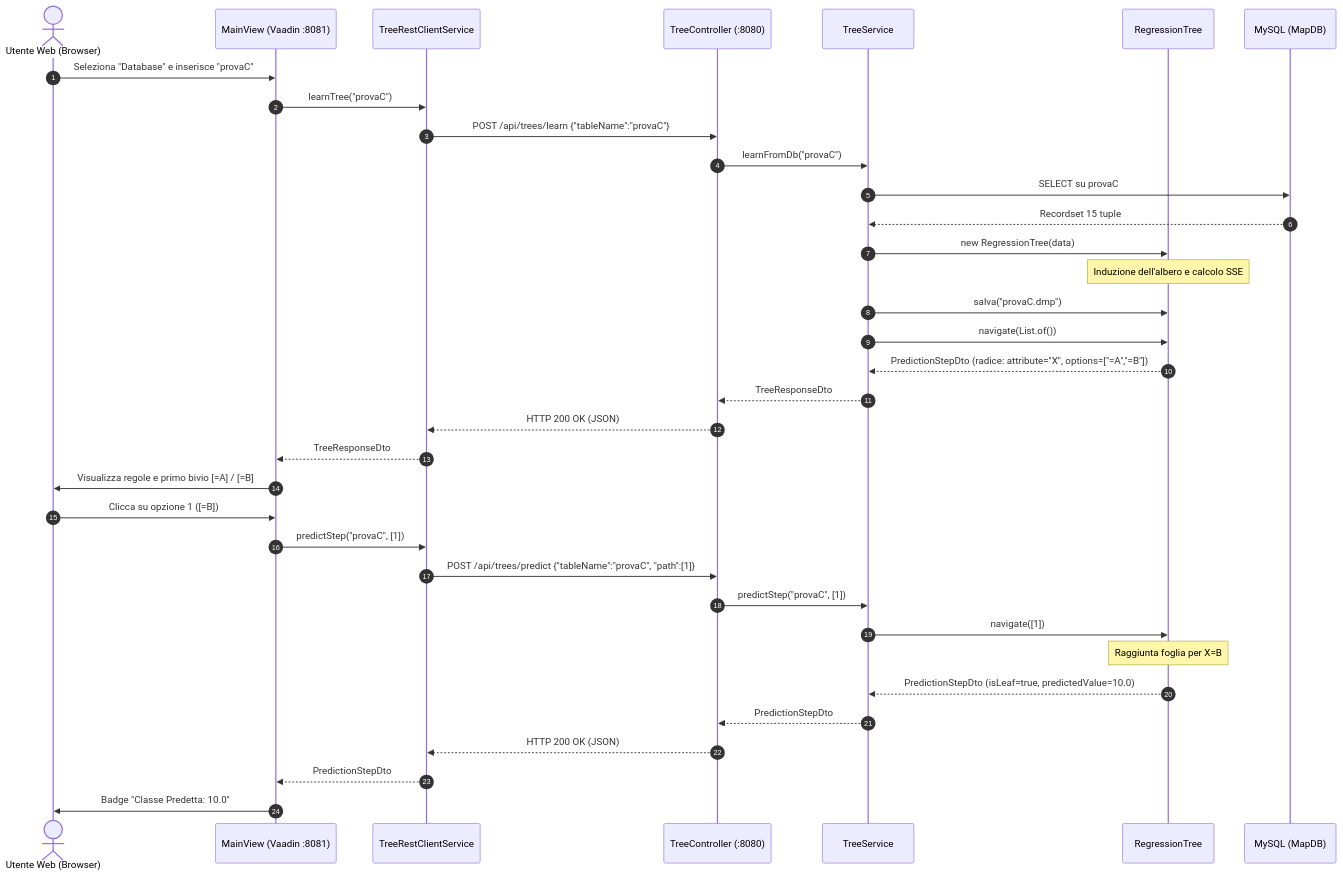
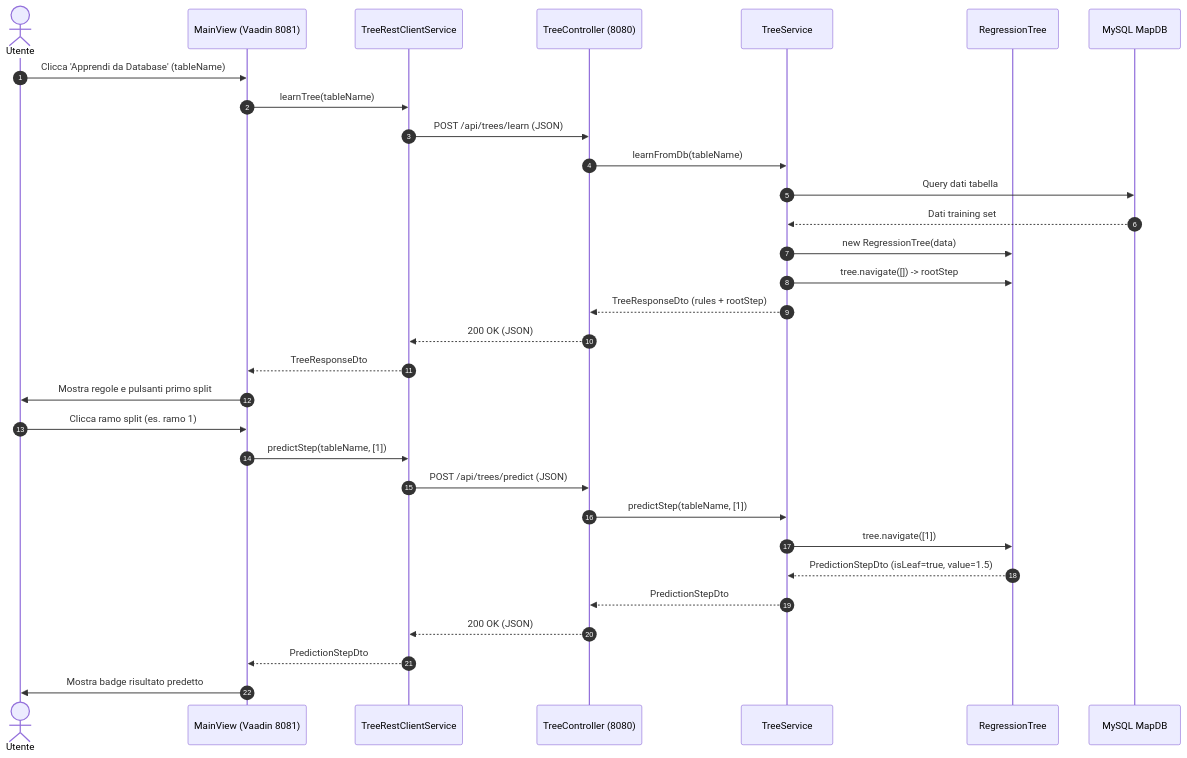
One commit to MarcoDiana/Albero_di_regressione changed the tenth of 11 diagrams in docs/architettura-uml-oop.md. Above: the diagram before and after it, drawn with Mermaid. The commit also changed other lines of this file and 3 other files, not shown here.

Commit message:
docs: ottimizza architettura-uml-oop con soli diagrammi UML e rendering PDF/MD verificato

````diff
--- a/docs/architettura-uml-oop.md
+++ b/docs/architettura-uml-oop.md
@@ -1038,41 +549,35 @@
 ```mermaid
 sequenceDiagram
     autonumber
-    actor Utente as Utente Web (Browser)
-    participant UI as MainView (Vaadin :8081)
-    participant ClientService as TreeRestClientService
-    participant Controller as TreeController (:8080)
+    actor Utente
+    participant UI as MainView (Vaadin 8081)
+    participant RESTClient as TreeRestClientService
+    participant Controller as TreeController (8080)
     participant Service as TreeService
     participant Tree as RegressionTree
-    participant DB as MySQL (MapDB)
+    participant DB as MySQL MapDB
 
-    %% APPRENDIMENTO
-    Utente->>UI: Seleziona "Database" e inserisce "provaC"
-    UI->>ClientService: learnTree("provaC")
-    ClientService->>Controller: POST /api/trees/learn {"tableName":"provaC"}
-    Controller->>Service: learnFromDb("provaC")
-    Service->>DB: SELECT su provaC
-    DB-->>Service: Recordset 15 tuple
+    Utente->>UI: Clicca 'Apprendi da Database' (tableName)
+    UI->>RESTClient: learnTree(tableName)
+    RESTClient->>Controller: POST /api/trees/learn (JSON)
+    Controller->>Service: learnFromDb(tableName)
+    Service->>DB: Query dati tabella
+    DB-->>Service: Dati training set
     Service->>Tree: new RegressionTree(data)
-    Note over Tree: Induzione dell'albero e calcolo SSE
-    Service->>Tree: salva("provaC.dmp")
-    Service->>Tree: navigate(List.of())
-    Tree-->>Service: PredictionStepDto (radice: attribute="X", options=["=A","=B"])
-    Service-->>Controller: TreeResponseDto
-    Controller-->>ClientService: HTTP 200 OK (JSON)
-    ClientService-->>UI: TreeResponseDto
-    UI->>Utente: Visualizza regole e primo bivio [=A] / [=B]
+    Service->>Tree: tree.navigate([]) -> rootStep
+    Service-->>Controller: TreeResponseDto (rules + rootStep)
+    Controller-->>RESTClient: 200 OK (JSON)
+    RESTClient-->>UI: TreeResponseDto
+    UI->>Utente: Mostra regole e pulsanti primo split
 
-    %% PREDIZIONE PASSO 1
-    Utente->>UI: Clicca su opzione 1 ([=B])
-    UI->>ClientService: predictStep("provaC", [1])
-    ClientService->>Controller: POST /api/trees/predict {"tableName":"provaC", "path":[1]}
-    Controller->>Service: predictStep("provaC", [1])
-    Service->>Tree: navigate([1])
-    Note over Tree: Raggiunta foglia per X=B
-    Tree-->>Service: PredictionStepDto (isLeaf=true, predictedValue=10.0)
+    Utente->>UI: Clicca ramo split (es. ramo 1)
+    UI->>RESTClient: predictStep(tableName, [1])
+    RESTClient->>Controller: POST /api/trees/predict (JSON)
+    Controller->>Service: predictStep(tableName, [1])
+    Service->>Tree: tree.navigate([1])
+    Tree-->>Service: PredictionStepDto (isLeaf=true, value=1.5)
     Service-->>Controller: PredictionStepDto
-    Controller-->>ClientService: HTTP 200 OK (JSON)
-    ClientService-->>UI: PredictionStepDto
-    UI->>Utente: Badge "Classe Predetta: 10.0"
+    Controller-->>RESTClient: 200 OK (JSON)
+    RESTClient-->>UI: PredictionStepDto
+    UI->>Utente: Mostra badge risultato predetto
 ```
````
